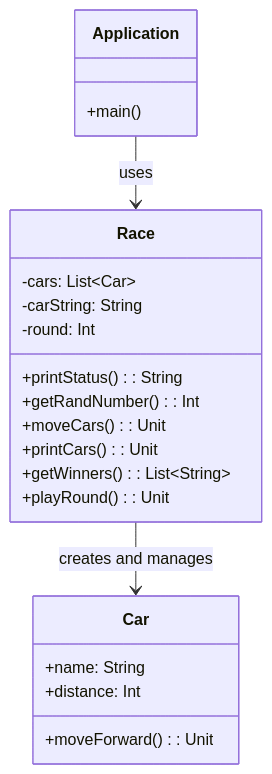
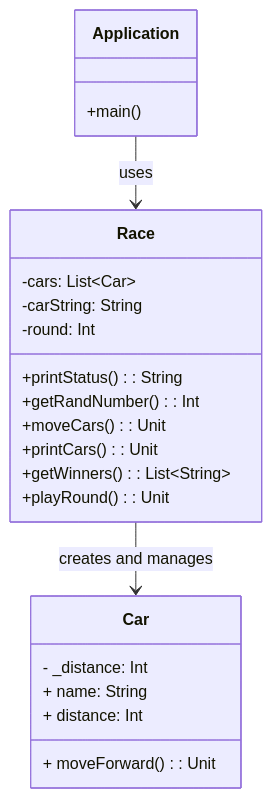
Before and after one commit to herotechcourse/kotlin-racingcar-precourse: the first of 2 diagrams in README.md, drawn with Mermaid.

````diff
--- a/README.md
+++ b/README.md
@@ -90,27 +90,28 @@
 ```mermaid
 classDiagram
     class Application {
         +main()
     }
 
     class Race {
         -cars: List~Car~
         -carString: String
         -round: Int
         +printStatus(): String
         +getRandNumber(): Int
         +moveCars(): Unit
         +printCars(): Unit
         +getWinners(): List~String~
         +playRound(): Unit
     }
 
     class Car {
-        +name: String
-        +distance: Int
-        +moveForward(): Unit
+        - _distance: Int
+        + name: String
+        + distance: Int
+        + moveForward(): Unit
     }
 
     Application --> Race : uses
     Race --> Car : creates and manages
 ```
````
